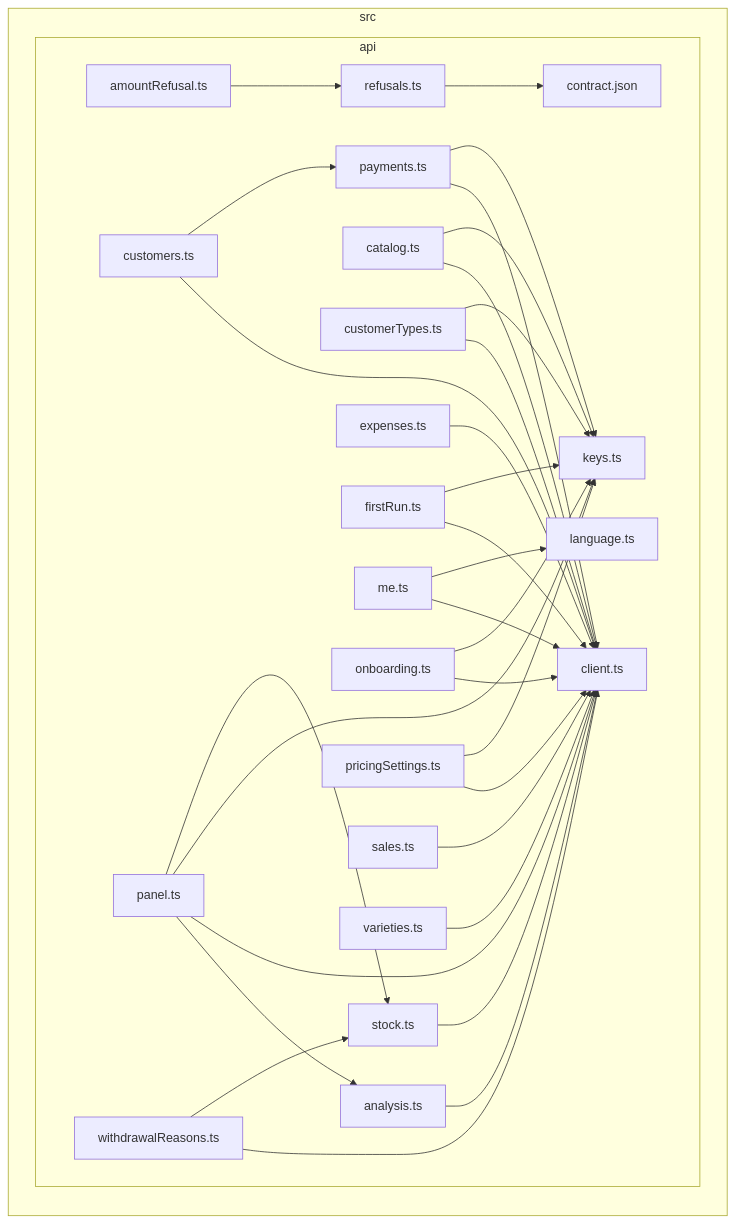
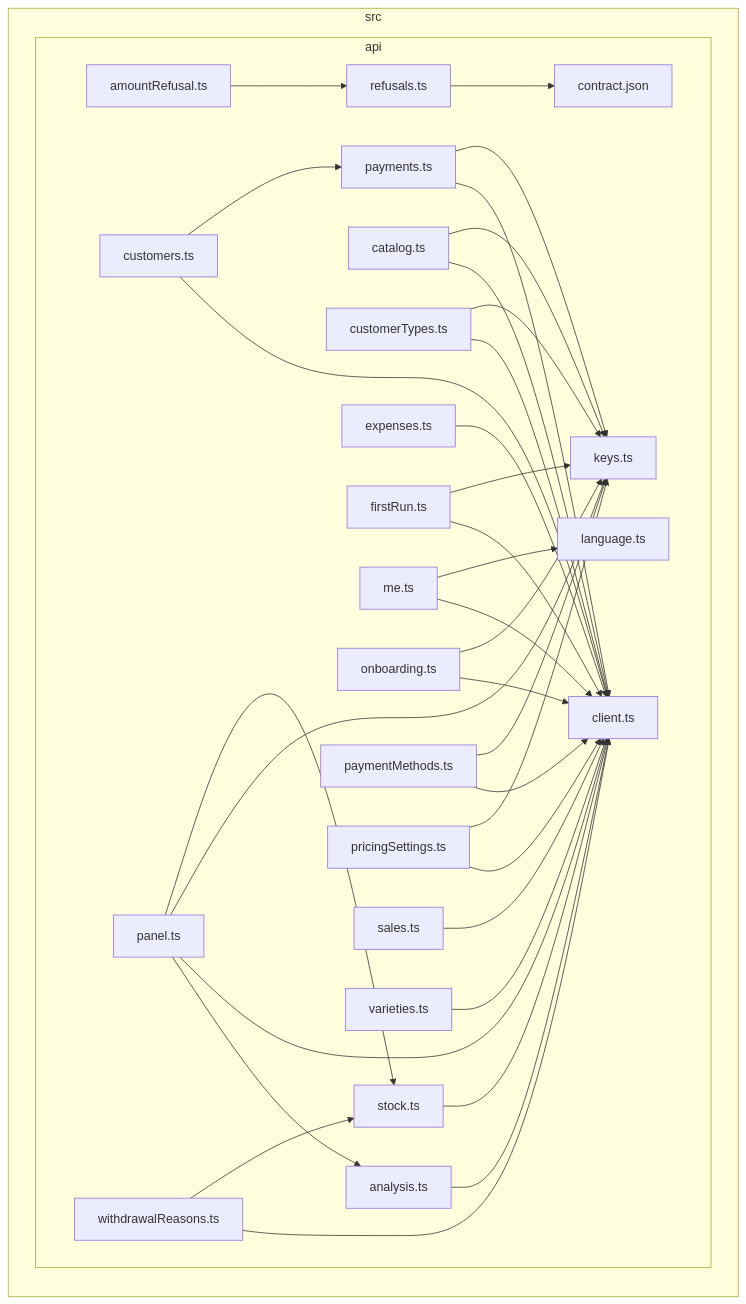
One commit to GonzaloZevallos/apostrophe changed the diagram in docs/architecture/generated/front-modules/api.md. Above: the diagram before and after it, drawn with Mermaid. The commit also changed 2 other files, not shown here.

Commit message:
Regenerate the front module docs for the Payment methods screens

````diff
--- a/docs/architecture/generated/front-modules/api.md
+++ b/docs/architecture/generated/front-modules/api.md
@@ -7,57 +7,60 @@
 ```mermaid
 flowchart LR
 subgraph src["src"]
   subgraph src_api["api"]
     src_api_amountRefusal_ts["amountRefusal.ts"]
     src_api_analysis_ts["analysis.ts"]
     src_api_catalog_ts["catalog.ts"]
     src_api_client_ts["client.ts"]
     src_api_contract_json["contract.json"]
     src_api_customerTypes_ts["customerTypes.ts"]
     src_api_customers_ts["customers.ts"]
     src_api_expenses_ts["expenses.ts"]
     src_api_firstRun_ts["firstRun.ts"]
     src_api_keys_ts["keys.ts"]
     src_api_language_ts["language.ts"]
     src_api_me_ts["me.ts"]
     src_api_onboarding_ts["onboarding.ts"]
     src_api_panel_ts["panel.ts"]
+    src_api_paymentMethods_ts["paymentMethods.ts"]
     src_api_payments_ts["payments.ts"]
     src_api_pricingSettings_ts["pricingSettings.ts"]
     src_api_refusals_ts["refusals.ts"]
     src_api_sales_ts["sales.ts"]
     src_api_stock_ts["stock.ts"]
     src_api_varieties_ts["varieties.ts"]
     src_api_withdrawalReasons_ts["withdrawalReasons.ts"]
   end
 end
 src_api_amountRefusal_ts-->src_api_refusals_ts
 src_api_analysis_ts-->src_api_client_ts
 src_api_catalog_ts-->src_api_client_ts
 src_api_catalog_ts-->src_api_keys_ts
 src_api_customerTypes_ts-->src_api_client_ts
 src_api_customerTypes_ts-->src_api_keys_ts
 src_api_customers_ts-->src_api_client_ts
 src_api_customers_ts-->src_api_payments_ts
 src_api_expenses_ts-->src_api_client_ts
 src_api_firstRun_ts-->src_api_client_ts
 src_api_firstRun_ts-->src_api_keys_ts
 src_api_me_ts-->src_api_client_ts
 src_api_me_ts-->src_api_language_ts
 src_api_onboarding_ts-->src_api_client_ts
 src_api_onboarding_ts-->src_api_keys_ts
 src_api_panel_ts-->src_api_analysis_ts
 src_api_panel_ts-->src_api_client_ts
 src_api_panel_ts-->src_api_keys_ts
 src_api_panel_ts-->src_api_stock_ts
+src_api_paymentMethods_ts-->src_api_client_ts
+src_api_paymentMethods_ts-->src_api_keys_ts
 src_api_payments_ts-->src_api_client_ts
 src_api_payments_ts-->src_api_keys_ts
 src_api_pricingSettings_ts-->src_api_client_ts
 src_api_pricingSettings_ts-->src_api_keys_ts
 src_api_refusals_ts-->src_api_contract_json
 src_api_sales_ts-->src_api_client_ts
 src_api_stock_ts-->src_api_client_ts
 src_api_varieties_ts-->src_api_client_ts
 src_api_withdrawalReasons_ts-->src_api_client_ts
 src_api_withdrawalReasons_ts-->src_api_stock_ts
 ```
````
